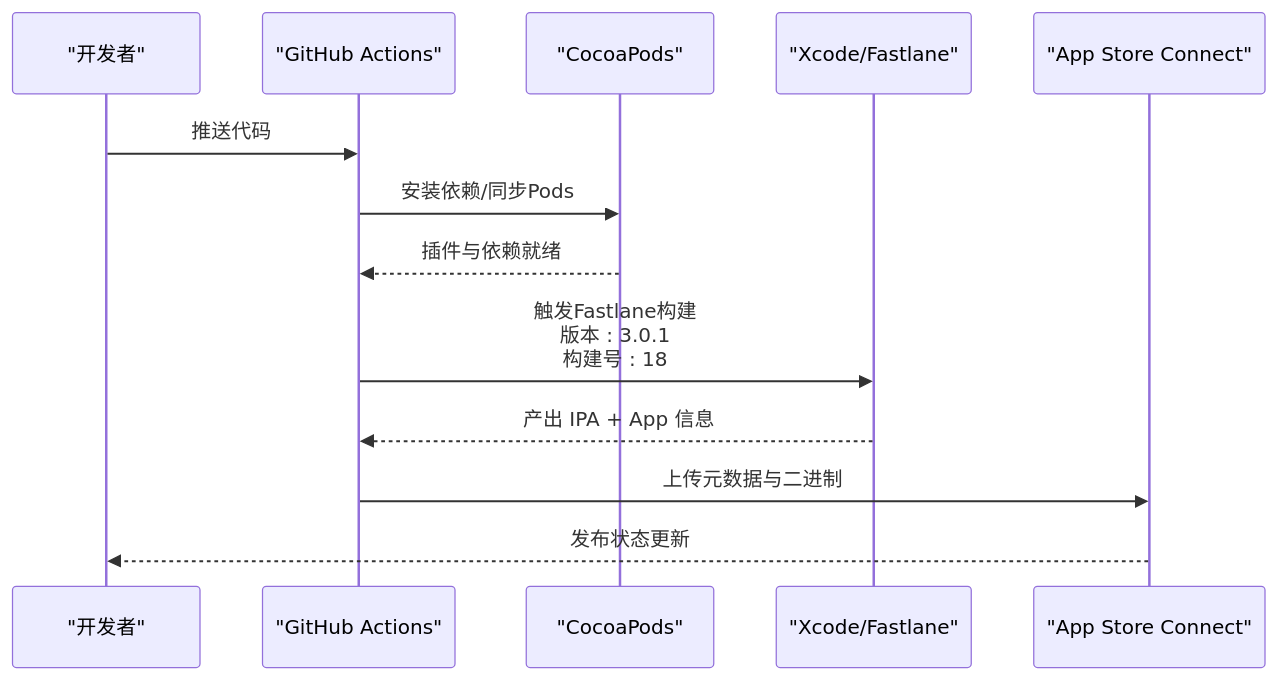
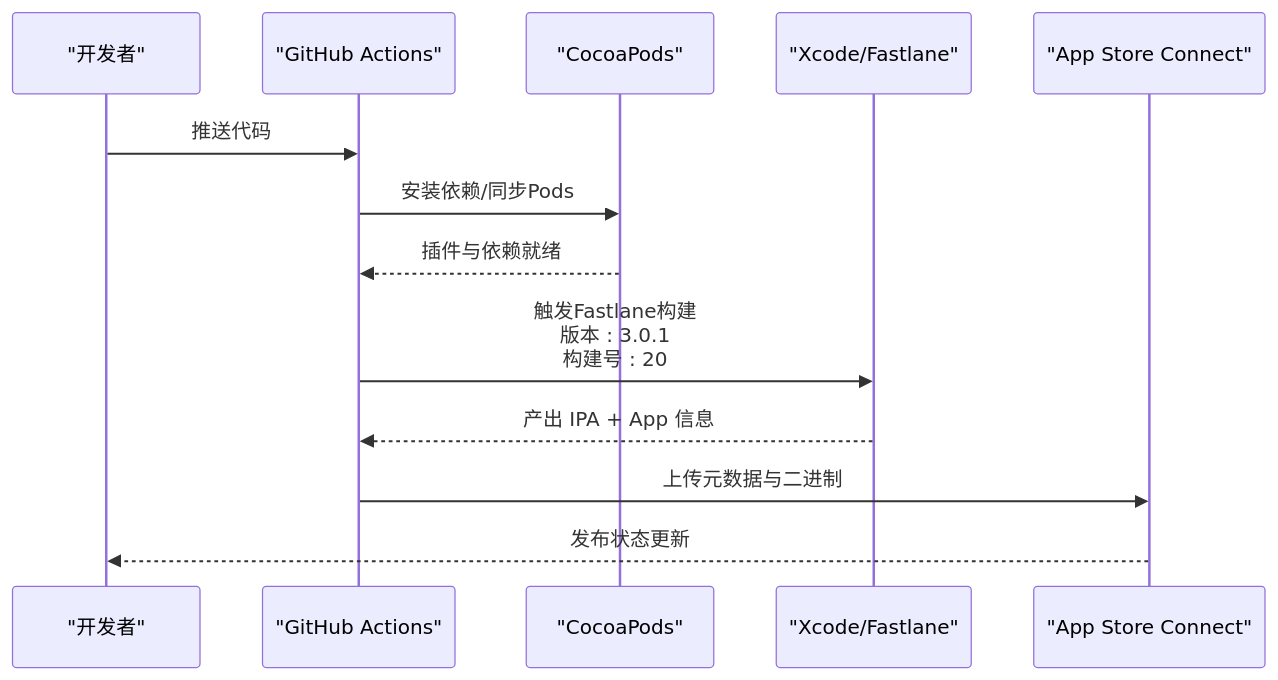
Before and after one commit to tea4go/Macro-Deck-Client-App: the fourth of 9 diagrams in .qoder/repowiki/zh/content/构建与部署/平台部署/平台部署.md, drawn with Mermaid. The commit also changed other lines of this file and 55 other files, not shown here.

````diff
--- a/.qoder/repowiki/zh/content/构建与部署/平台部署/平台部署.md
+++ b/.qoder/repowiki/zh/content/构建与部署/平台部署/平台部署.md
@@ -174,15 +174,15 @@
 ```mermaid
 sequenceDiagram
 participant Dev as "开发者"
 participant CI as "GitHub Actions"
 participant Pods as "CocoaPods"
 participant Xcode as "Xcode/Fastlane"
 participant AppStore as "App Store Connect"
 Dev->>CI : 推送代码
 CI->>Pods : 安装依赖/同步Pods
 Pods-->>CI : 插件与依赖就绪
-CI->>Xcode : 触发Fastlane构建<br/>版本 : 3.0.1<br/>构建号 : 18
+CI->>Xcode : 触发Fastlane构建<br/>版本 : 3.0.1<br/>构建号 : 20
 Xcode-->>CI : 产出 IPA + App 信息
 CI->>AppStore : 上传元数据与二进制
 AppStore-->>Dev : 发布状态更新
 ```
````
